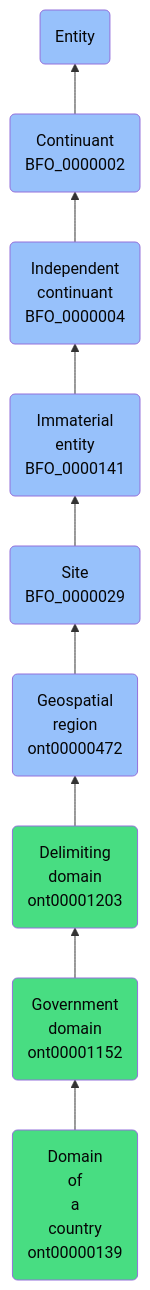
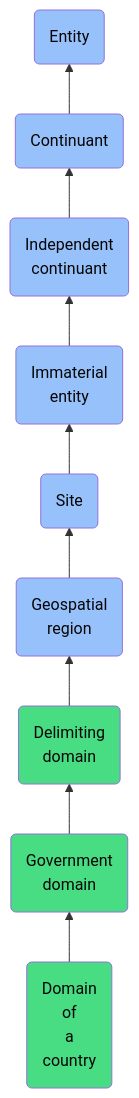
Before and after one commit to jupyter-naas/abi: the diagram in docs/ontology/reference/model/Entity/Continuant/Independent continuant/Immaterial entity/Site/Geospatial region/Delimiting domain/Government domain/Domain of a country/Domain of a country.md, drawn with Mermaid. The commit also changed other lines of this file and 1430 other files, not shown here.

````diff
--- a/docs/ontology/reference/model/Entity/Continuant/Independent continuant/Immaterial entity/Site/Geospatial region/Delimiting domain/Government domain/Domain of a country/Domain of a country.md
+++ b/docs/ontology/reference/model/Entity/Continuant/Independent continuant/Immaterial entity/Site/Geospatial region/Delimiting domain/Government domain/Domain of a country/Domain of a country.md
@@ -24,16 +24,16 @@
 ```mermaid
 graph BT
-    ont00000139(Domain<br>of<br>a<br>country<br>ont00000139):::ABI-->ont00001152
-    ont00001152(Government<br>domain<br>ont00001152):::ABI-->ont00001203
-    ont00001203(Delimiting<br>domain<br>ont00001203):::ABI-->ont00000472
-    ont00000472(Geospatial<br>region<br>ont00000472):::BFO-->BFO_0000029
-    BFO_0000029(Site<br>BFO_0000029):::BFO-->BFO_0000141
-    BFO_0000141(Immaterial<br>entity<br>BFO_0000141):::BFO-->BFO_0000004
-    BFO_0000004(Independent<br>continuant<br>BFO_0000004):::BFO-->BFO_0000002
-    BFO_0000002(Continuant<br>BFO_0000002):::BFO-->BFO_0000001
+    ont00000139(Domain<br>of<br>a<br>country):::ABI-->ont00001152
+    ont00001152(Government<br>domain):::ABI-->ont00001203
+    ont00001203(Delimiting<br>domain):::ABI-->ont00000472
+    ont00000472(Geospatial<br>region):::BFO-->BFO_0000029
+    BFO_0000029(Site):::BFO-->BFO_0000141
+    BFO_0000141(Immaterial<br>entity):::BFO-->BFO_0000004
+    BFO_0000004(Independent<br>continuant):::BFO-->BFO_0000002
+    BFO_0000002(Continuant):::BFO-->BFO_0000001
     BFO_0000001(Entity):::BFO
     
     classDef BFO fill:#97c1fb,color:#060606
     classDef CCO fill:#e4c51e,color:#060606
     classDef ABI fill:#48DD82,color:#060606
 ```
````
